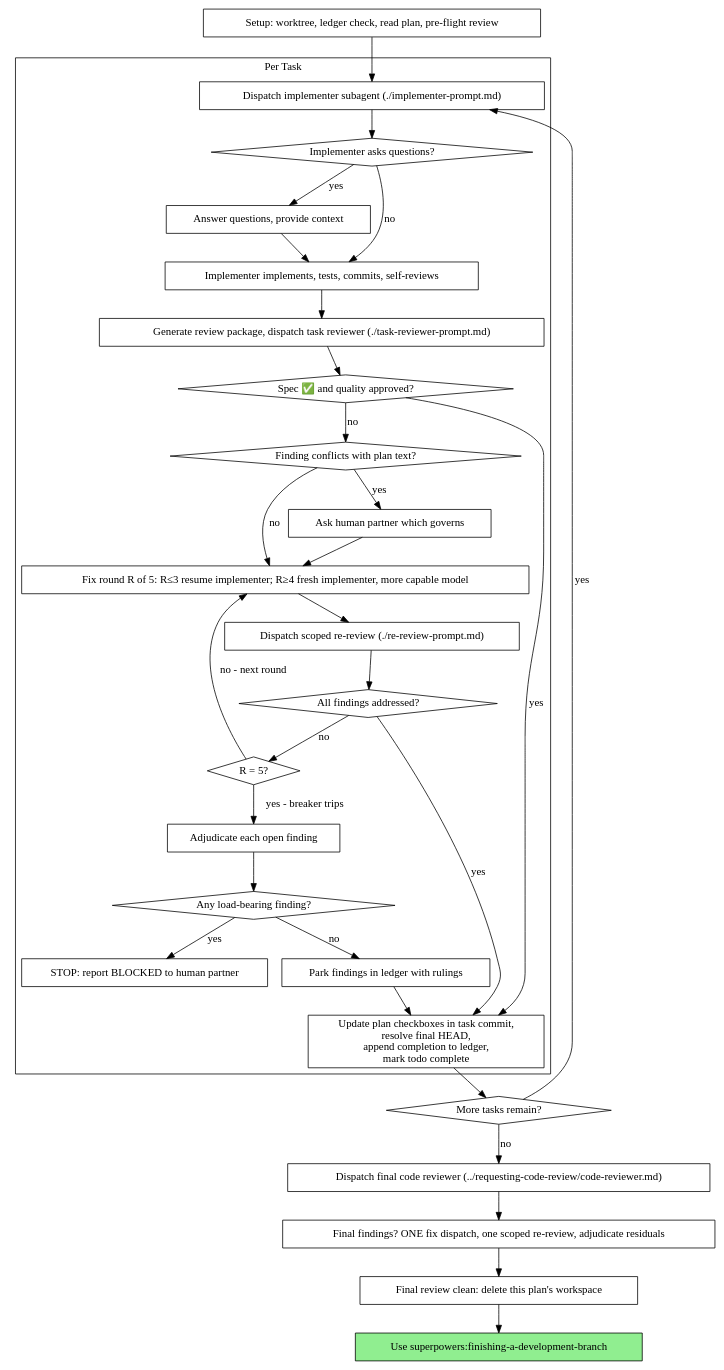
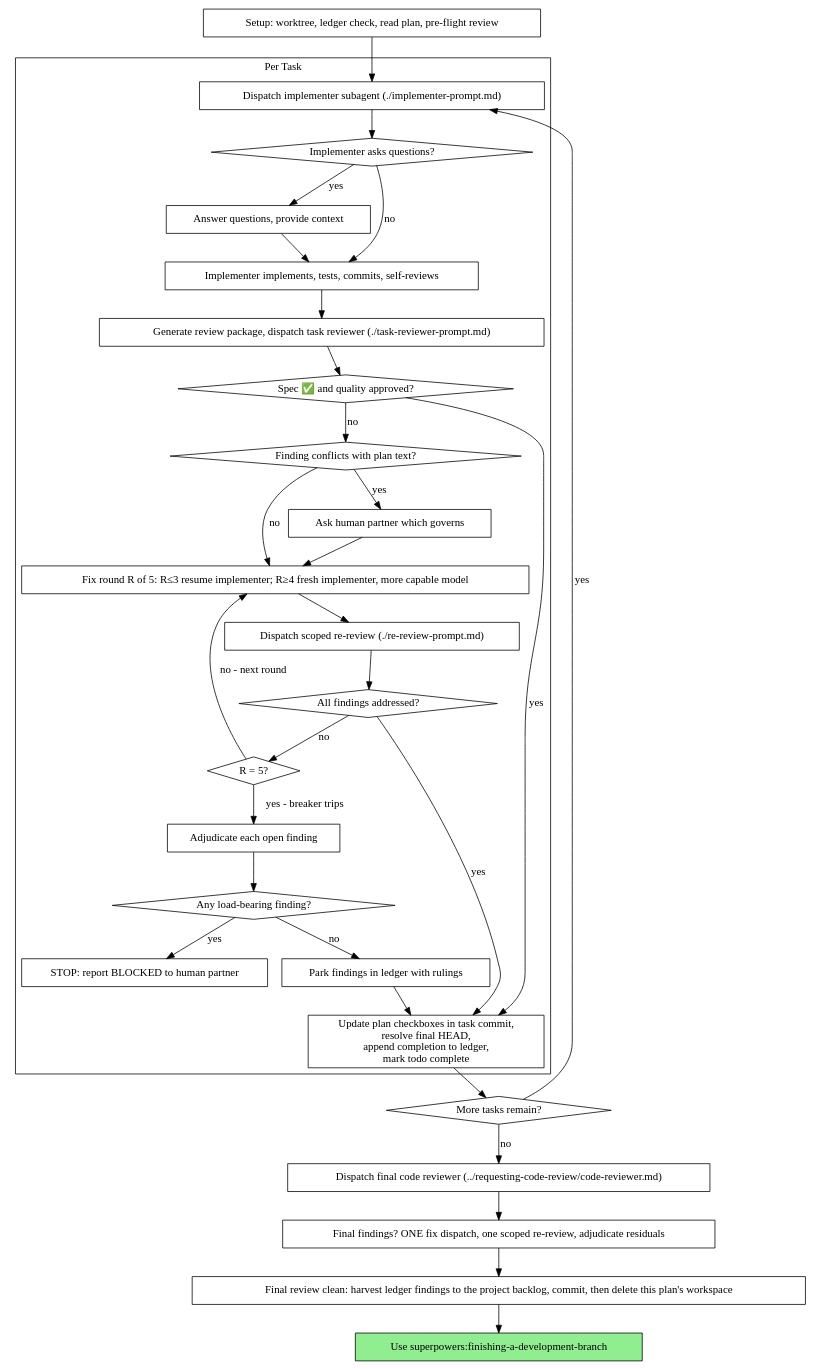
The second of 2 diagrams in skills/subagent-driven-development/SKILL.md (jasoncarr95/superpowers), drawn with Graphviz before and after one commit. The commit also changed other lines of this file and 1 other file, not shown here.

Commit message:
fix(sdd): harvest ledger findings before workspace deletion; add cross-cutting sweeps

````diff
--- a/skills/subagent-driven-development/SKILL.md
+++ b/skills/subagent-driven-development/SKILL.md
@@ -47,62 +48,62 @@
 ```dot
 digraph process {
     rankdir=TB;
 
     subgraph cluster_per_task {
         label="Per Task";
         "Dispatch implementer subagent (./implementer-prompt.md)" [shape=box];
         "Implementer asks questions?" [shape=diamond];
         "Answer questions, provide context" [shape=box];
         "Implementer implements, tests, commits, self-reviews" [shape=box];
         "Generate review package, dispatch task reviewer (./task-reviewer-prompt.md)" [shape=box];
         "Spec ✅ and quality approved?" [shape=diamond];
         "Finding conflicts with plan text?" [shape=diamond];
         "Ask human partner which governs" [shape=box];
         "Fix round R of 5: R≤3 resume implementer; R≥4 fresh implementer, more capable model" [shape=box];
         "Dispatch scoped re-review (./re-review-prompt.md)" [shape=box];
         "All findings addressed?" [shape=diamond];
         "R = 5?" [shape=diamond];
         "Adjudicate each open finding" [shape=box];
         "Any load-bearing finding?" [shape=diamond];
         "STOP: report BLOCKED to human partner" [shape=box];
         "Park findings in ledger with rulings" [shape=box];
         "Update plan checkboxes in task commit,\nresolve final HEAD,\nappend completion to ledger,\nmark todo complete" [shape=box];
     }
 
     "Setup: worktree, ledger check, read plan, pre-flight review" [shape=box];
     "More tasks remain?" [shape=diamond];
     "Dispatch final code reviewer (../requesting-code-review/code-reviewer.md)" [shape=box];
     "Final findings? ONE fix dispatch, one scoped re-review, adjudicate residuals" [shape=box];
-    "Final review clean: delete this plan's workspace" [shape=box];
+    "Final review clean: harvest ledger findings to the project backlog, commit, then delete this plan's workspace" [shape=box];
     "Use superpowers:finishing-a-development-branch" [shape=box style=filled fillcolor=lightgreen];
 
     "Setup: worktree, ledger check, read plan, pre-flight review" -> "Dispatch implementer subagent (./implementer-prompt.md)";
     "Dispatch implementer subagent (./implementer-prompt.md)" -> "Implementer asks questions?";
     "Implementer asks questions?" -> "Answer questions, provide context" [label="yes"];
     "Answer questions, provide context" -> "Implementer implements, tests, commits, self-reviews";
     "Implementer asks questions?" -> "Implementer implements, tests, commits, self-reviews" [label="no"];
     "Implementer implements, tests, commits, self-reviews" -> "Generate review package, dispatch task reviewer (./task-reviewer-prompt.md)";
     "Generate review package, dispatch task reviewer (./task-reviewer-prompt.md)" -> "Spec ✅ and quality approved?";
     "Spec ✅ and quality approved?" -> "Update plan checkboxes in task commit,\nresolve final HEAD,\nappend completion to ledger,\nmark todo complete" [label="yes"];
     "Spec ✅ and quality approved?" -> "Finding conflicts with plan text?" [label="no"];
     "Finding conflicts with plan text?" -> "Ask human partner which governs" [label="yes"];
     "Ask human partner which governs" -> "Fix round R of 5: R≤3 resume implementer; R≥4 fresh implementer, more capable model";
     "Finding conflicts with plan text?" -> "Fix round R of 5: R≤3 resume implementer; R≥4 fresh implementer, more capable model" [label="no"];
     "Fix round R of 5: R≤3 resume implementer; R≥4 fresh implementer, more capable model" -> "Dispatch scoped re-review (./re-review-prompt.md)";
     "Dispatch scoped re-review (./re-review-prompt.md)" -> "All findings addressed?";
     "All findings addressed?" -> "Update plan checkboxes in task commit,\nresolve final HEAD,\nappend completion to ledger,\nmark todo complete" [label="yes"];
     "All findings addressed?" -> "R = 5?" [label="no"];
     "R = 5?" -> "Fix round R of 5: R≤3 resume implementer; R≥4 fresh implementer, more capable model" [label="no - next round"];
     "R = 5?" -> "Adjudicate each open finding" [label="yes - breaker trips"];
     "Adjudicate each open finding" -> "Any load-bearing finding?";
     "Any load-bearing finding?" -> "STOP: report BLOCKED to human partner" [label="yes"];
     "Any load-bearing finding?" -> "Park findings in ledger with rulings" [label="no"];
     "Park findings in ledger with rulings" -> "Update plan checkboxes in task commit,\nresolve final HEAD,\nappend completion to ledger,\nmark todo complete";
     "Update plan checkboxes in task commit,\nresolve final HEAD,\nappend completion to ledger,\nmark todo complete" -> "More tasks remain?";
     "More tasks remain?" -> "Dispatch implementer subagent (./implementer-prompt.md)" [label="yes"];
     "More tasks remain?" -> "Dispatch final code reviewer (../requesting-code-review/code-reviewer.md)" [label="no"];
     "Dispatch final code reviewer (../requesting-code-review/code-reviewer.md)" -> "Final findings? ONE fix dispatch, one scoped re-review, adjudicate residuals";
-    "Final findings? ONE fix dispatch, one scoped re-review, adjudicate residuals" -> "Final review clean: delete this plan's workspace";
-    "Final review clean: delete this plan's workspace" -> "Use superpowers:finishing-a-development-branch";
+    "Final findings? ONE fix dispatch, one scoped re-review, adjudicate residuals" -> "Final review clean: harvest ledger findings to the project backlog, commit, then delete this plan's workspace";
+    "Final review clean: harvest ledger findings to the project backlog, commit, then delete this plan's workspace" -> "Use superpowers:finishing-a-development-branch";
 }
 ```
````
